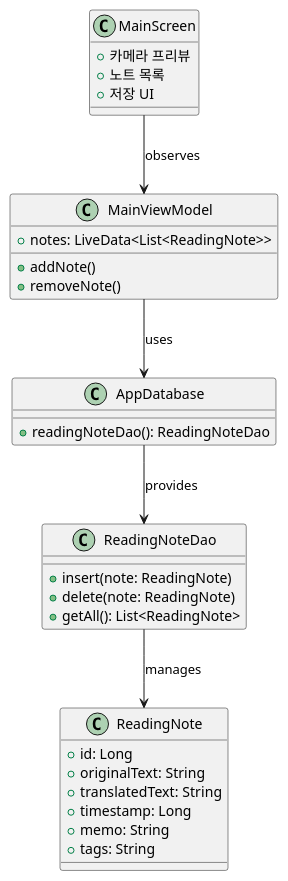
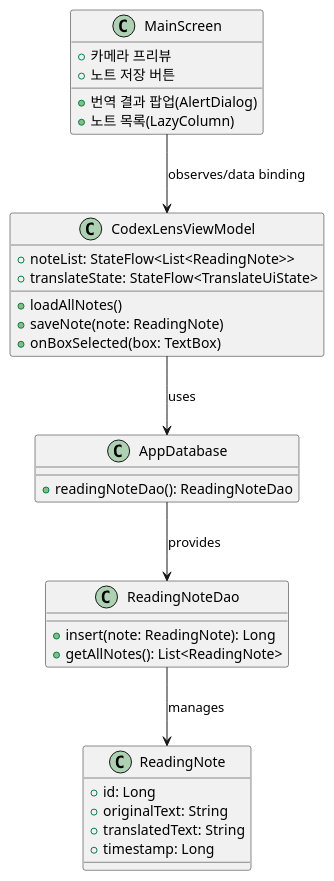
The diagram in docs/Structure.puml (chr-kim/CodexLens), drawn with PlantUML before and after one commit. The commit also changed 11 other files, not shown here.

First line of the commit message:
Docs: README 및 다이어그램 업데이트, KDoc 주석 추가

```diff
--- a/docs/Structure.puml
+++ b/docs/Structure.puml
@@ -1,37 +1,43 @@
 @startuml
+' ReadingNote - Room 엔티티
 class ReadingNote {
   +id: Long
   +originalText: String
   +translatedText: String
   +timestamp: Long
-  +memo: String
-  +tags: String
 }
 
+' DAO (insert, selectAll만 구현)
 class ReadingNoteDao {
-  +insert(note: ReadingNote)
-  +delete(note: ReadingNote)
-  +getAll(): List<ReadingNote>
+  +insert(note: ReadingNote): Long
+  +getAllNotes(): List<ReadingNote>
 }
 
+' Room DB 추상 클래스
 class AppDatabase {
   +readingNoteDao(): ReadingNoteDao
 }
 
-class MainViewModel {
-  +notes: LiveData<List<ReadingNote>>
-  +addNote()
-  +removeNote()
+' ViewModel (LiveData → StateFlow, 함수 네이밍까지 MVVM 표준에 맞춤)
+class CodexLensViewModel {
+  +noteList: StateFlow<List<ReadingNote>>
+  +loadAllNotes()
+  +saveNote(note: ReadingNote)
+  +translateState: StateFlow<TranslateUiState>
+  +onBoxSelected(box: TextBox)
 }
 
+' MainScreen(= Jetpack Compose 메인 UI 컴포저블)
 class MainScreen {
   +카메라 프리뷰
-  +노트 목록
-  +저장 UI
+  +번역 결과 팝업(AlertDialog)
+  +노트 저장 버튼
+  +노트 목록(LazyColumn)
 }
 
 ReadingNoteDao --> ReadingNote : manages
 AppDatabase --> ReadingNoteDao : provides
-MainViewModel --> AppDatabase : uses
-MainScreen --> MainViewModel : observes
+CodexLensViewModel --> AppDatabase : uses
+MainScreen --> CodexLensViewModel : observes/data binding
+
 @enduml
```
